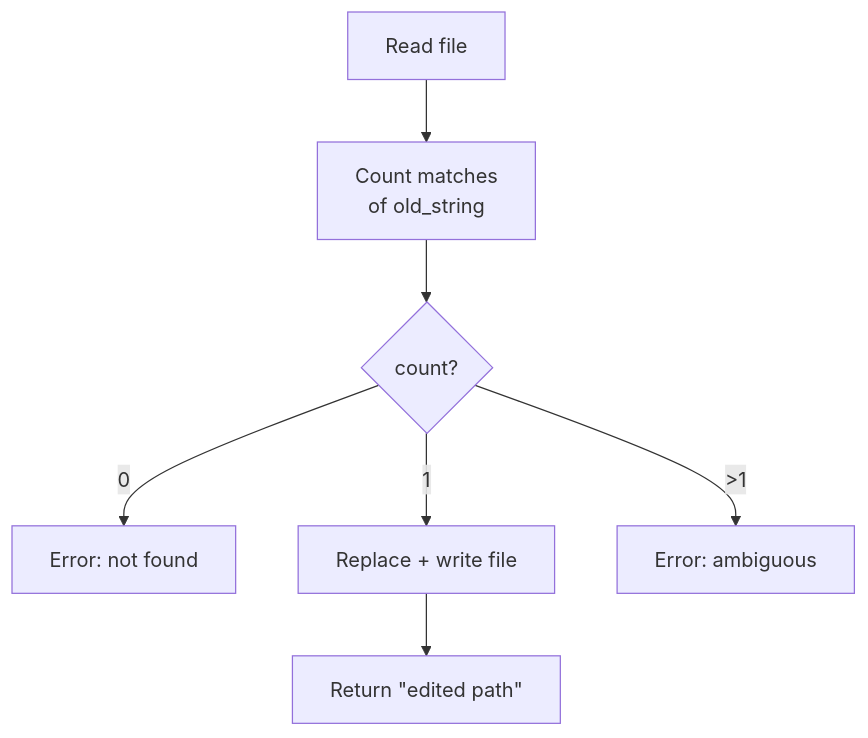
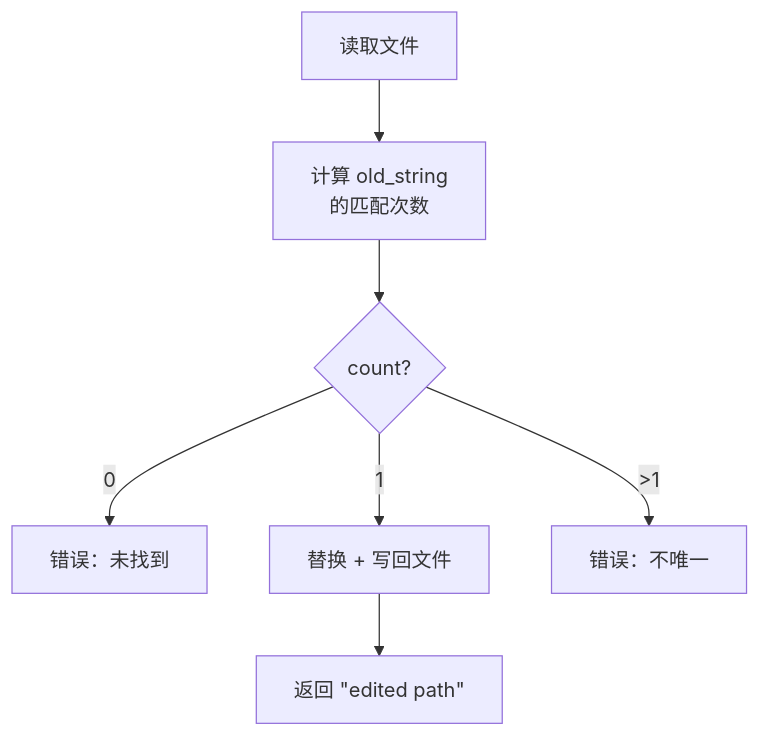
The second of 2 diagrams in mini-claw-code-book/zh/ch04-more-tools.md (odysa/mini-code), drawn with Mermaid before and after one commit. The commit also changed other lines of this file and 16 other files, not shown here.

````diff
--- a/mini-claw-code-book/zh/ch04-more-tools.md
+++ b/mini-claw-code-book/zh/ch04-more-tools.md
@@ -195,9 +184,9 @@
 ```mermaid
 flowchart TD
-    A["Read file"] --> B["Count matches<br/>of old_string"]
+    A["读取文件"] --> B["计算 old_string<br/>的匹配次数"]
     B --> C{"count?"}
-    C -- "0" --> D["Error: not found"]
-    C -- "1" --> E["Replace + write file"]
-    C -- ">1" --> F["Error: ambiguous"]
-    E --> G["Return &quot;edited path&quot;"]
+    C -- "0" --> D["错误：未找到"]
+    C -- "1" --> E["替换 + 写回文件"]
+    C -- ">1" --> F["错误：不唯一"]
+    E --> G["返回 &quot;edited path&quot;"]
 ```
````
